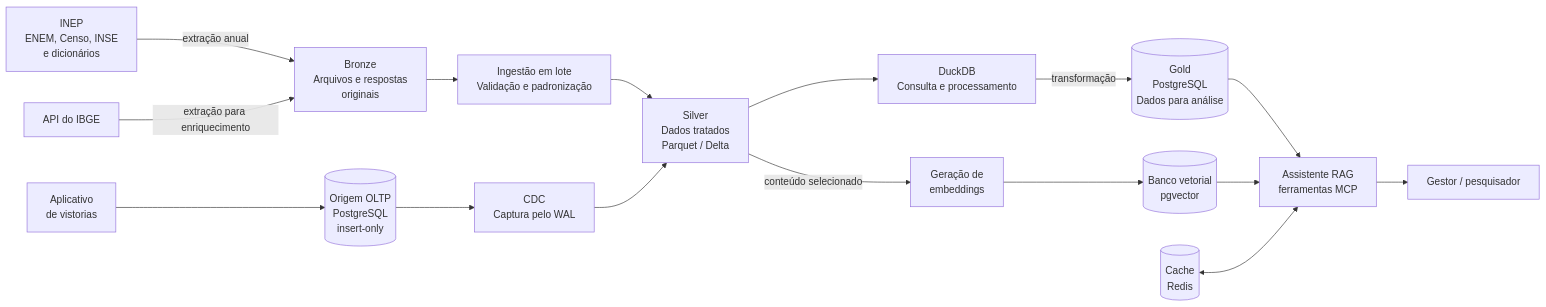
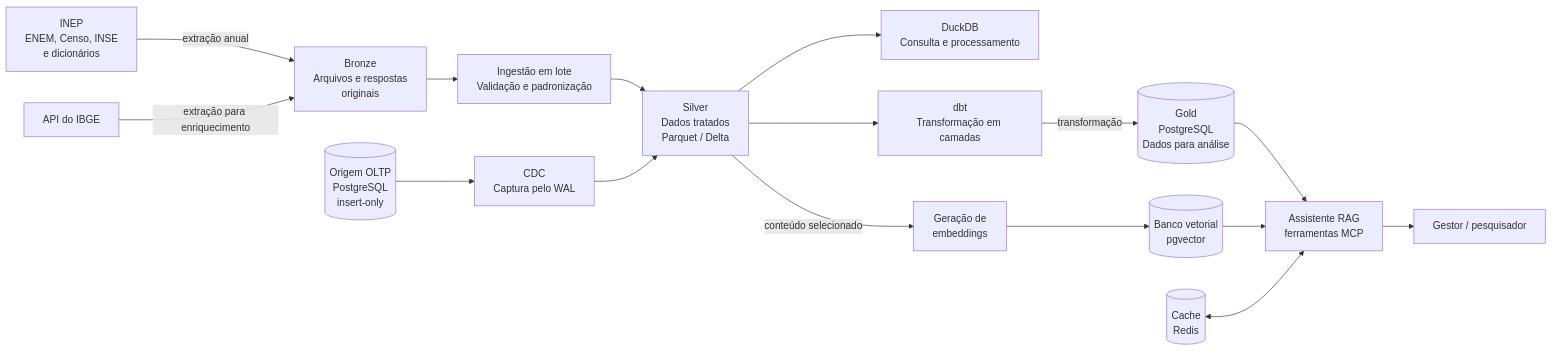
The first of 2 diagrams in README.md (daviegito/bd2_2026_2_eduinfra), drawn with Mermaid before and after one commit. The commit also changed other lines of this file and 4 other files, not shown here.

First line of the commit message:
docs(e3): tira o aplicativo dos diagramas e atualiza o estado da E3

````diff
--- a/README.md
+++ b/README.md
@@ -23,40 +23,40 @@
 ```mermaid
 flowchart LR
     INEP["INEP<br/>ENEM, Censo, INSE<br/>e dicionários"]
     IBGE["API do IBGE"]
-    APP["Aplicativo<br/>de vistorias"]
 
     BRONZE["Bronze<br/>Arquivos e respostas<br/>originais"]
     LOTE["Ingestão em lote<br/>Validação e padronização"]
     SILVER["Silver<br/>Dados tratados<br/>Parquet / Delta"]
 
     OLTP[("Origem OLTP<br/>PostgreSQL<br/>insert-only")]
     CDC["CDC<br/>Captura pelo WAL"]
     DUCK["DuckDB<br/>Consulta e processamento"]
+    DBT["dbt<br/>Transformação em camadas"]
     GOLD[("Gold<br/>PostgreSQL<br/>Dados para análise")]
 
     EMB["Geração de<br/>embeddings"]
     VET[("Banco vetorial<br/>pgvector")]
     AGENTE["Assistente RAG<br/>ferramentas MCP"]
     CACHE[("Cache<br/>Redis")]
     USER["Gestor / pesquisador"]
 
     INEP -->|extração anual| BRONZE
     IBGE -->|extração para enriquecimento| BRONZE
     BRONZE --> LOTE
     LOTE --> SILVER
 
-    APP --> OLTP
     OLTP --> CDC
     CDC --> SILVER
 
     SILVER --> DUCK
-    DUCK -->|transformação| GOLD
+    SILVER --> DBT
+    DBT -->|transformação| GOLD
     SILVER -->|conteúdo selecionado| EMB
     EMB --> VET
 
     GOLD --> AGENTE
     VET --> AGENTE
     CACHE <--> AGENTE
     AGENTE --> USER
 ```
````
